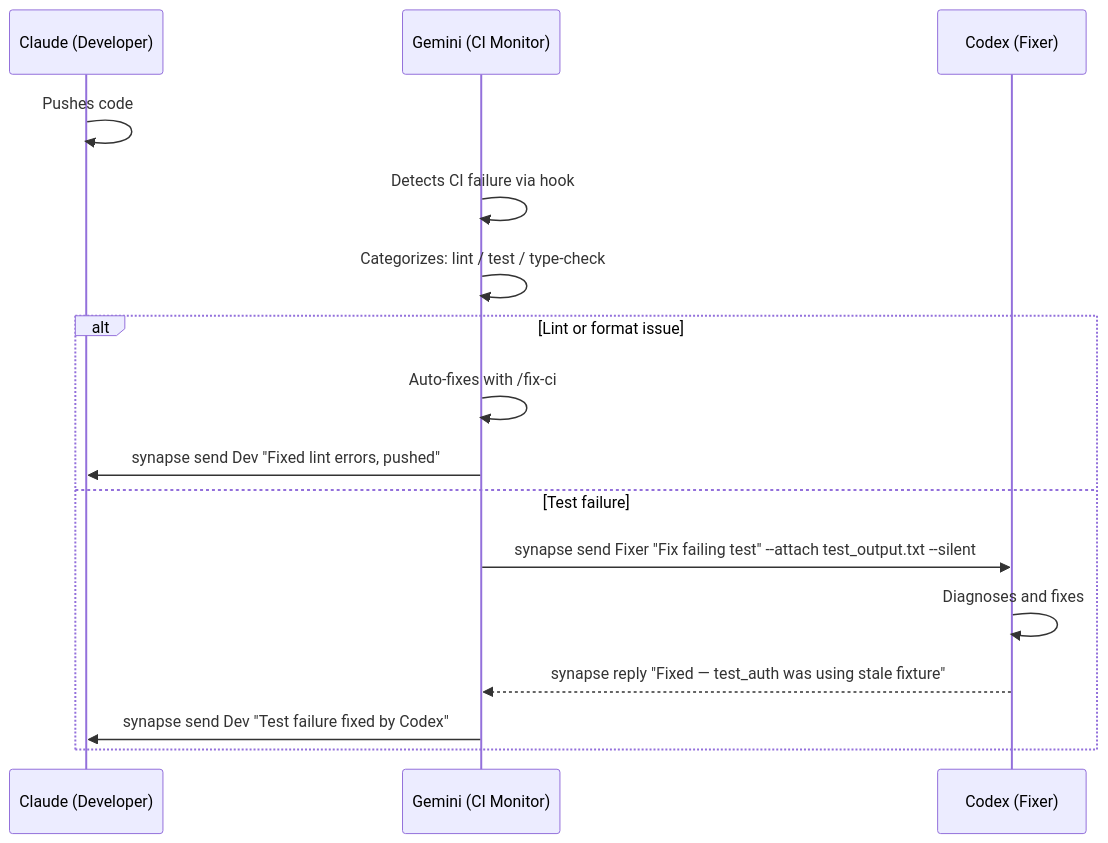
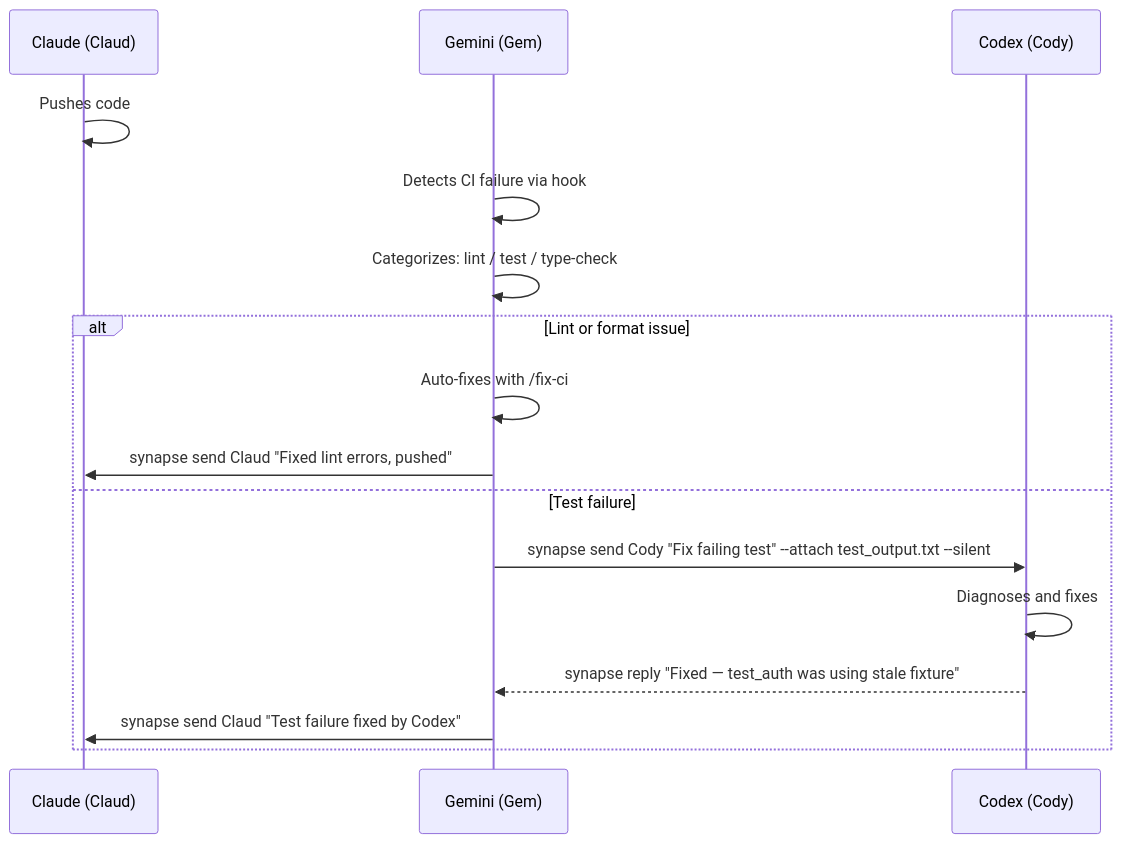
One commit to s-hiraoku/synapse-a2a changed the eighth of 8 diagrams in site-docs/guide/cross-agent-scenarios.md. Above: the diagram before and after it, drawn with Mermaid. The commit also changed other lines of this file and 32 other files, not shown here.

````diff
--- a/site-docs/guide/cross-agent-scenarios.md
+++ b/site-docs/guide/cross-agent-scenarios.md
@@ -561,19 +561,19 @@
 ```mermaid
 sequenceDiagram
-    participant Dev as Claude (Developer)
-    participant CI as Gemini (CI Monitor)
-    participant Fixer as Codex (Fixer)
+    participant Dev as Claude (Claud)
+    participant CI as Gemini (Gem)
+    participant Fixer as Codex (Cody)
 
     Dev->>Dev: Pushes code
     CI->>CI: Detects CI failure via hook
     CI->>CI: Categorizes: lint / test / type-check
     alt Lint or format issue
         CI->>CI: Auto-fixes with /fix-ci
-        CI->>Dev: synapse send Dev "Fixed lint errors, pushed"
+        CI->>Dev: synapse send Claud "Fixed lint errors, pushed"
     else Test failure
-        CI->>Fixer: synapse send Fixer "Fix failing test" --attach test_output.txt --silent
+        CI->>Fixer: synapse send Cody "Fix failing test" --attach test_output.txt --silent
         Fixer->>Fixer: Diagnoses and fixes
         Fixer-->>CI: synapse reply "Fixed — test_auth was using stale fixture"
-        CI->>Dev: synapse send Dev "Test failure fixed by Codex"
+        CI->>Dev: synapse send Claud "Test failure fixed by Codex"
     end
 ```
````
